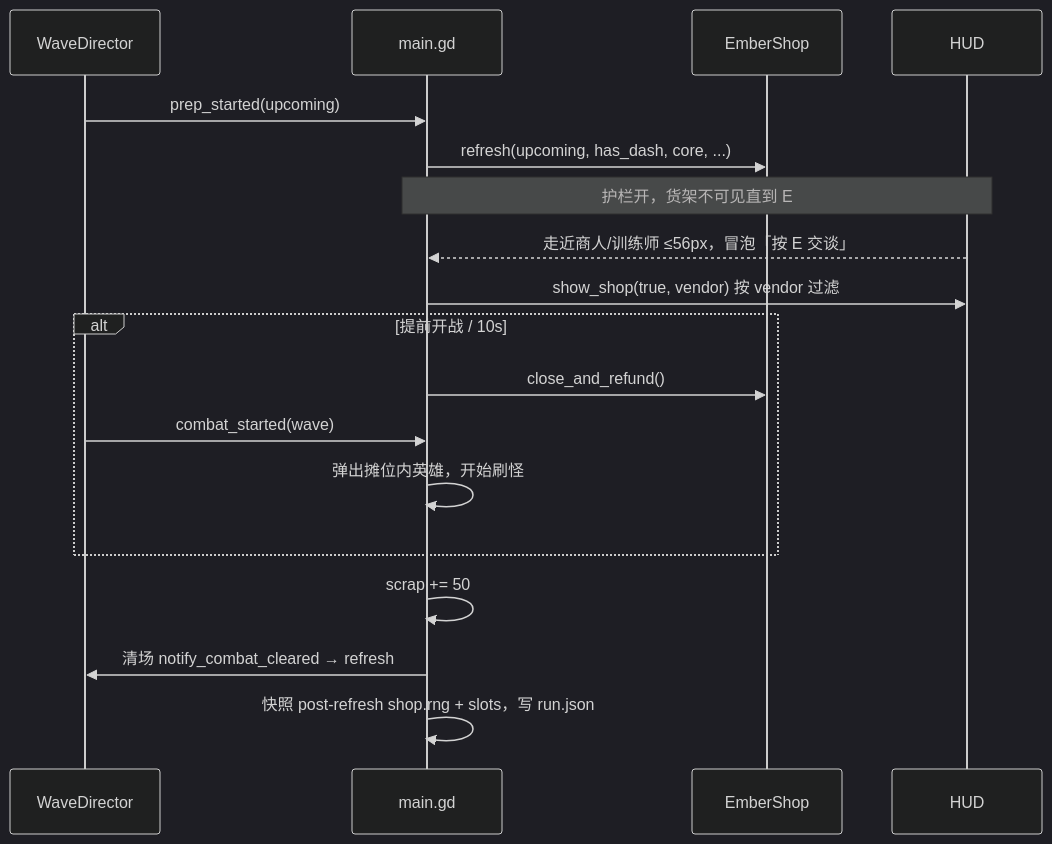
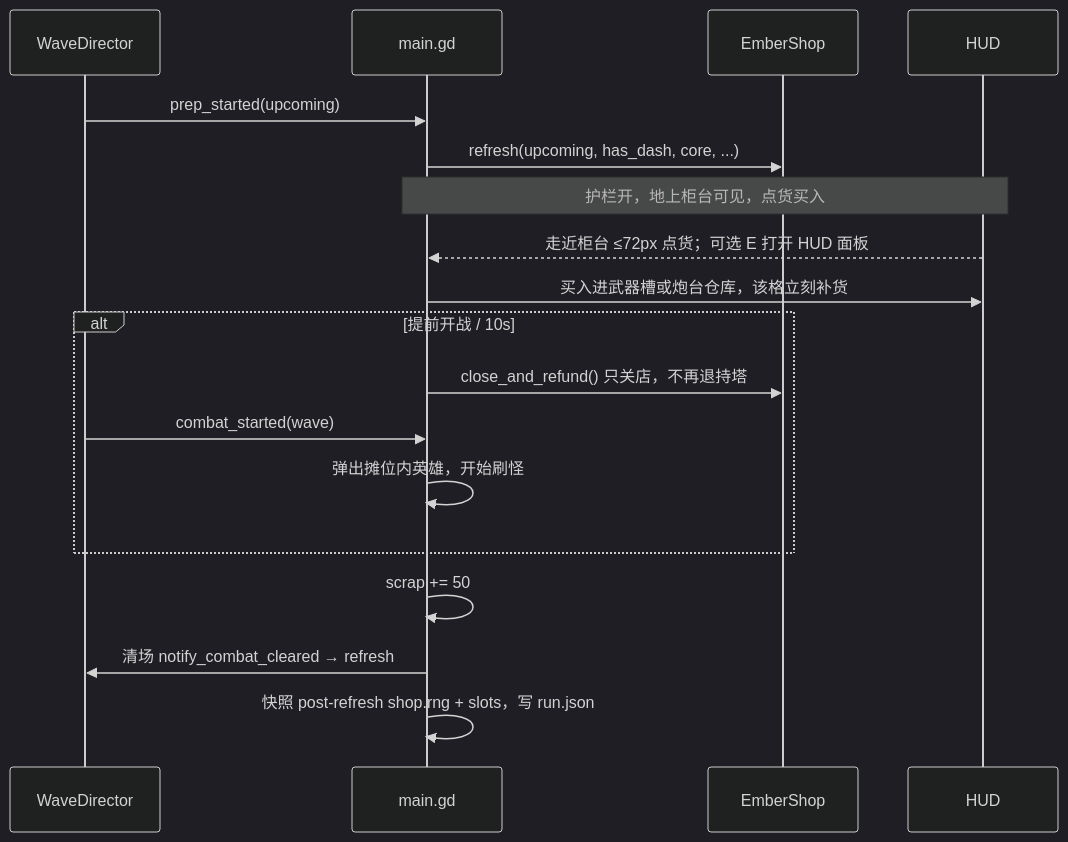
One commit to Sirhap/emberline-frontier-07 changed the fourth of 4 diagrams in docs/superpowers/specs/2026-08-20-core-rules-run-flow-design.md. Above: the diagram before and after it, drawn with Mermaid (dark theme). The commit also changed other lines of this file and 14 other files, not shown here.

````diff
--- a/docs/superpowers/specs/2026-08-20-core-rules-run-flow-design.md
+++ b/docs/superpowers/specs/2026-08-20-core-rules-run-flow-design.md
@@ -518,20 +512,20 @@
 ```mermaid
 sequenceDiagram
     participant D as WaveDirector
     participant M as main.gd
     participant S as EmberShop
     participant H as HUD
     D->>M: prep_started(upcoming)
     M->>S: refresh(upcoming, has_dash, core, ...)
-    Note over M,H: 护栏开，货架不可见直到 E
-    H-->>M: 走近商人/训练师 ≤56px，冒泡「按 E 交谈」
-    M->>H: show_shop(true, vendor) 按 vendor 过滤
+    Note over M,H: 护栏开，地上柜台可见，点货买入
+    H-->>M: 走近柜台 ≤72px 点货；可选 E 打开 HUD 面板
+    M->>H: 买入进武器槽或炮台仓库，该格立刻补货
     alt 提前开战 / 10s
-        M->>S: close_and_refund()
+        M->>S: close_and_refund() 只关店，不再退持塔
         D->>M: combat_started(wave)
         M->>M: 弹出摊位内英雄，开始刷怪
     end
     M->>M: scrap += 50
     M->>D: 清场 notify_combat_cleared → refresh
     M->>M: 快照 post-refresh shop.rng + slots，写 run.json
 ```
````
